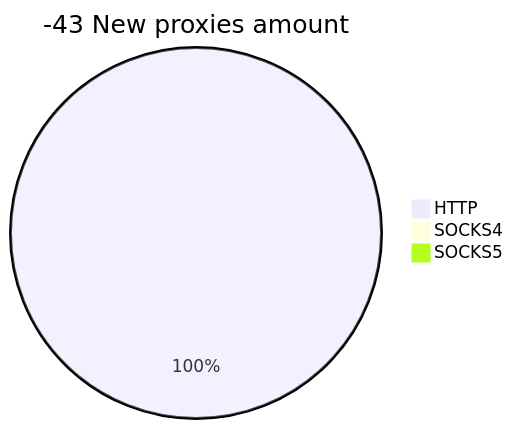
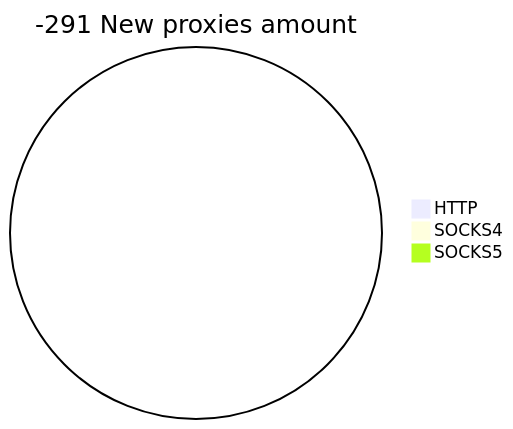
Before and after one commit to cutipu/proxylist: the second of 2 diagrams in README.md, drawn with Mermaid. The commit also changed other lines of this file, not shown here.

````diff
--- a/README.md
+++ b/README.md
@@ -10,6 +10,6 @@
 ```mermaid
-pie title -43 New proxies amount
-    "HTTP" : 16
+pie title -291 New proxies amount
+    "HTTP" : 0
     "SOCKS4" : 0
     "SOCKS5" : 0
 ```
````
